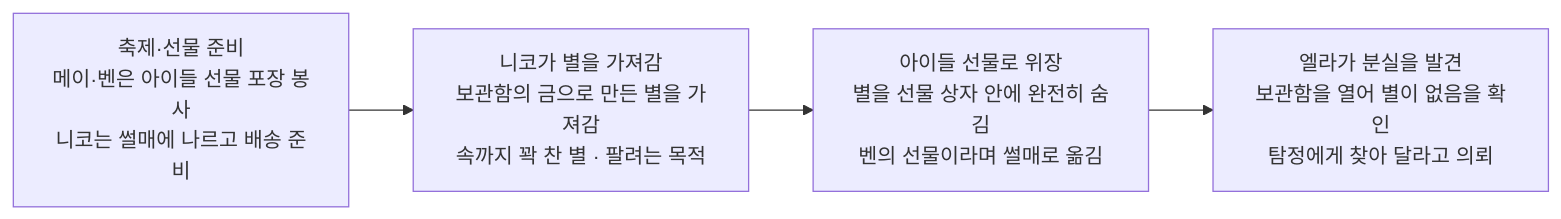
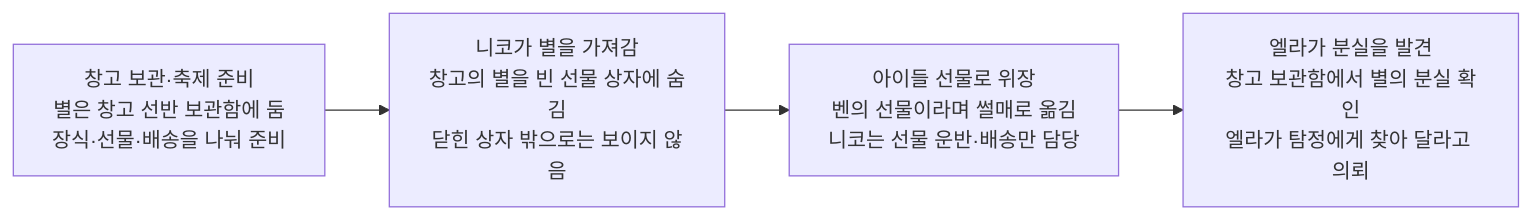
The first of 2 diagrams in design/case-10-christmas-star.md (wonny95/detective-v2), drawn with Mermaid before and after one commit. The commit also changed other lines of this file and 6 other files, not shown here.

````diff
--- a/design/case-10-christmas-star.md
+++ b/design/case-10-christmas-star.md
@@ -36,10 +32,10 @@
 ```mermaid
 flowchart LR
-    t1["축제·선물 준비<br/>메이·벤은 아이들 선물 포장 봉사<br/>니코는 썰매에 나르고 배송 준비"]
-    t2["니코가 별을 가져감<br/>보관함의 금으로 만든 별을 가져감<br/>속까지 꽉 찬 별 · 팔려는 목적"]
-    t3["아이들 선물로 위장<br/>별을 선물 상자 안에 완전히 숨김<br/>벤의 선물이라며 썰매로 옮김"]
-    t4["엘라가 분실을 발견<br/>보관함을 열어 별이 없음을 확인<br/>탐정에게 찾아 달라고 의뢰"]
+    t1["창고 보관·축제 준비<br/>별은 창고 선반 보관함에 둠<br/>장식·선물·배송을 나눠 준비"]
+    t2["니코가 별을 가져감<br/>창고의 별을 빈 선물 상자에 숨김<br/>닫힌 상자 밖으로는 보이지 않음"]
+    t3["아이들 선물로 위장<br/>벤의 선물이라며 썰매로 옮김<br/>니코는 선물 운반·배송만 담당"]
+    t4["엘라가 분실을 발견<br/>창고 보관함에서 별의 분실 확인<br/>엘라가 탐정에게 찾아 달라고 의뢰"]
     t1 --> t2
     t2 --> t3
     t3 --> t4
 ```
````
